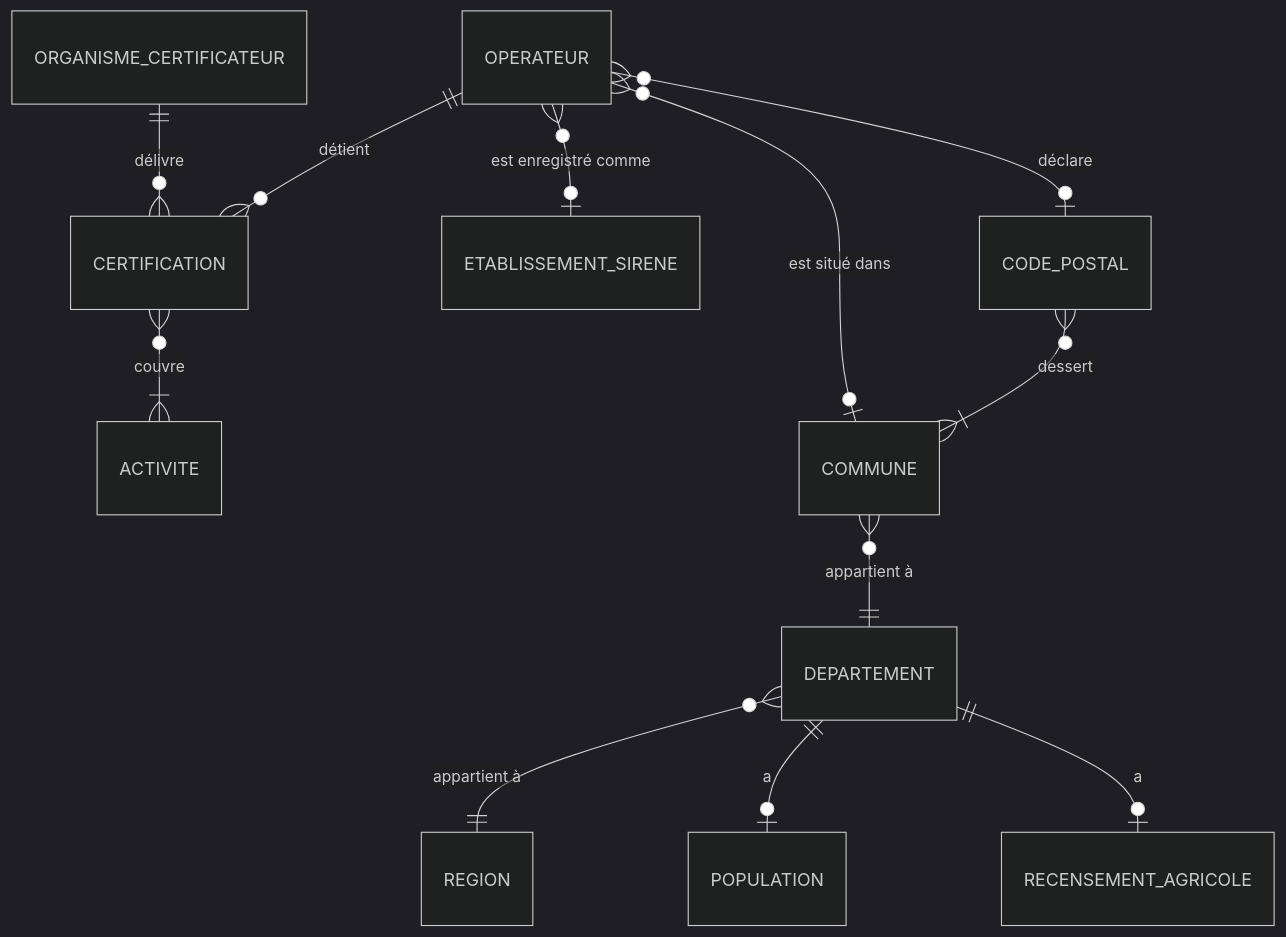
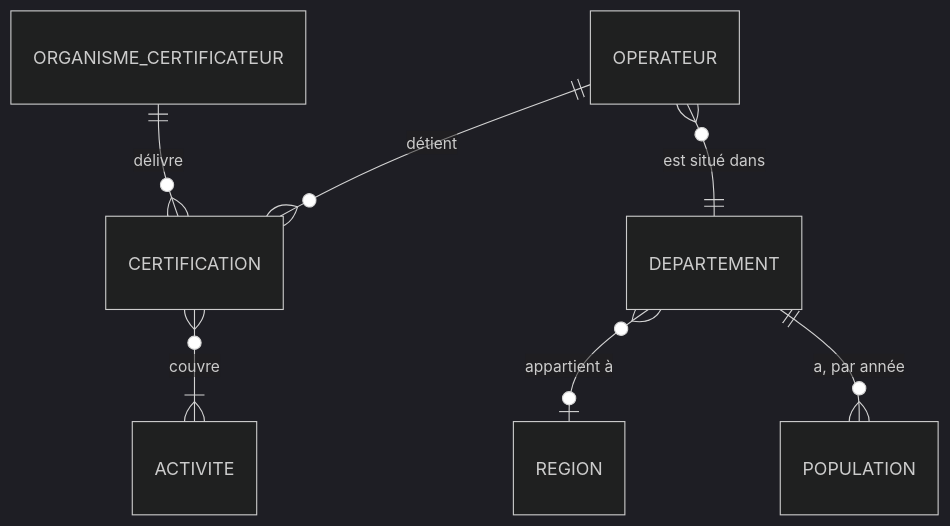
Before and after one commit to GuyMartial24/bio-operators-etl-pipeline: the first of 3 diagrams in docs/modele_donnees.md, drawn with Mermaid (dark theme). The commit also changed other lines of this file and 5 other files, not shown here.

````diff
--- a/docs/modele_donnees.md
+++ b/docs/modele_donnees.md
@@ -71,14 +51,9 @@
 ```mermaid
 erDiagram
     OPERATEUR ||--o{ CERTIFICATION : "détient"
     ORGANISME_CERTIFICATEUR ||--o{ CERTIFICATION : "délivre"
     CERTIFICATION }o--|{ ACTIVITE : "couvre"
-    OPERATEUR }o--o| ETABLISSEMENT_SIRENE : "est enregistré comme"
-    OPERATEUR }o--o| COMMUNE : "est situé dans"
-    OPERATEUR }o--o| CODE_POSTAL : "déclare"
-    CODE_POSTAL }o--|{ COMMUNE : "dessert"
-    COMMUNE }o--|| DEPARTEMENT : "appartient à"
-    DEPARTEMENT }o--|| REGION : "appartient à"
-    DEPARTEMENT ||--o| POPULATION : "a"
-    DEPARTEMENT ||--o| RECENSEMENT_AGRICOLE : "a"
+    OPERATEUR }o--|| DEPARTEMENT : "est situé dans"
+    DEPARTEMENT }o--o| REGION : "appartient à"
+    DEPARTEMENT ||--o{ POPULATION : "a, par année"
 ```
````
